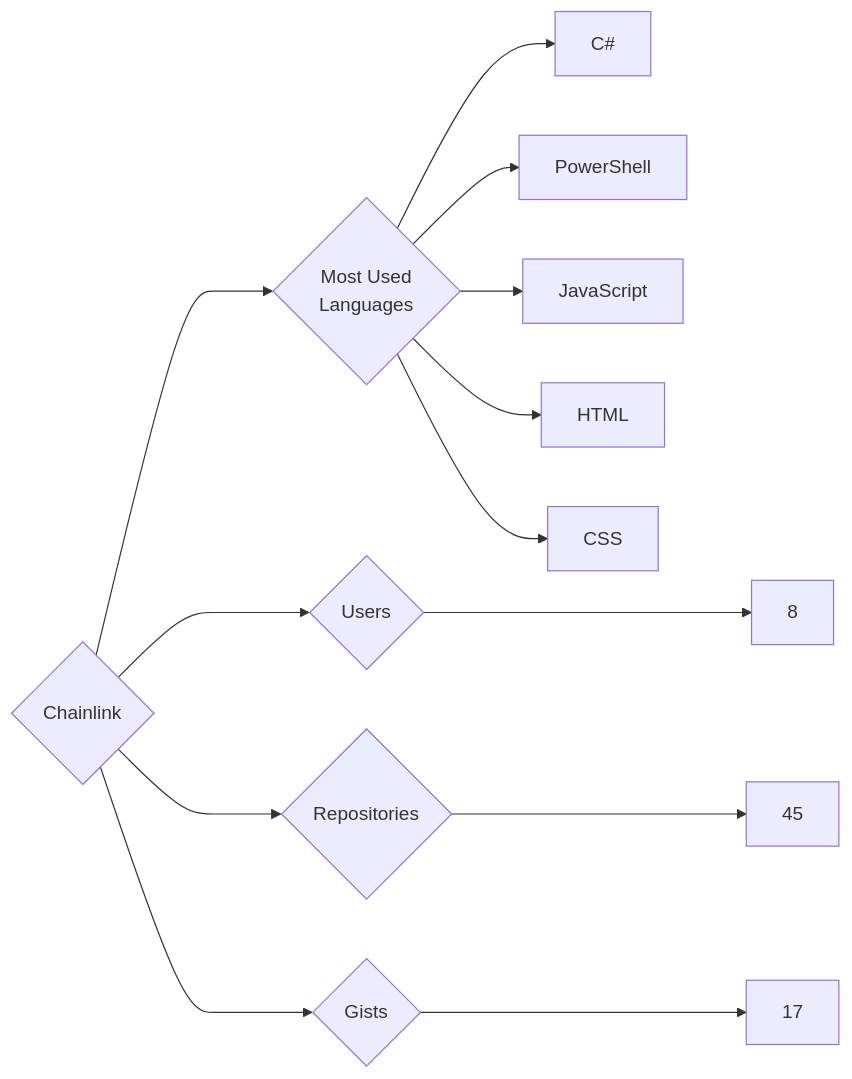
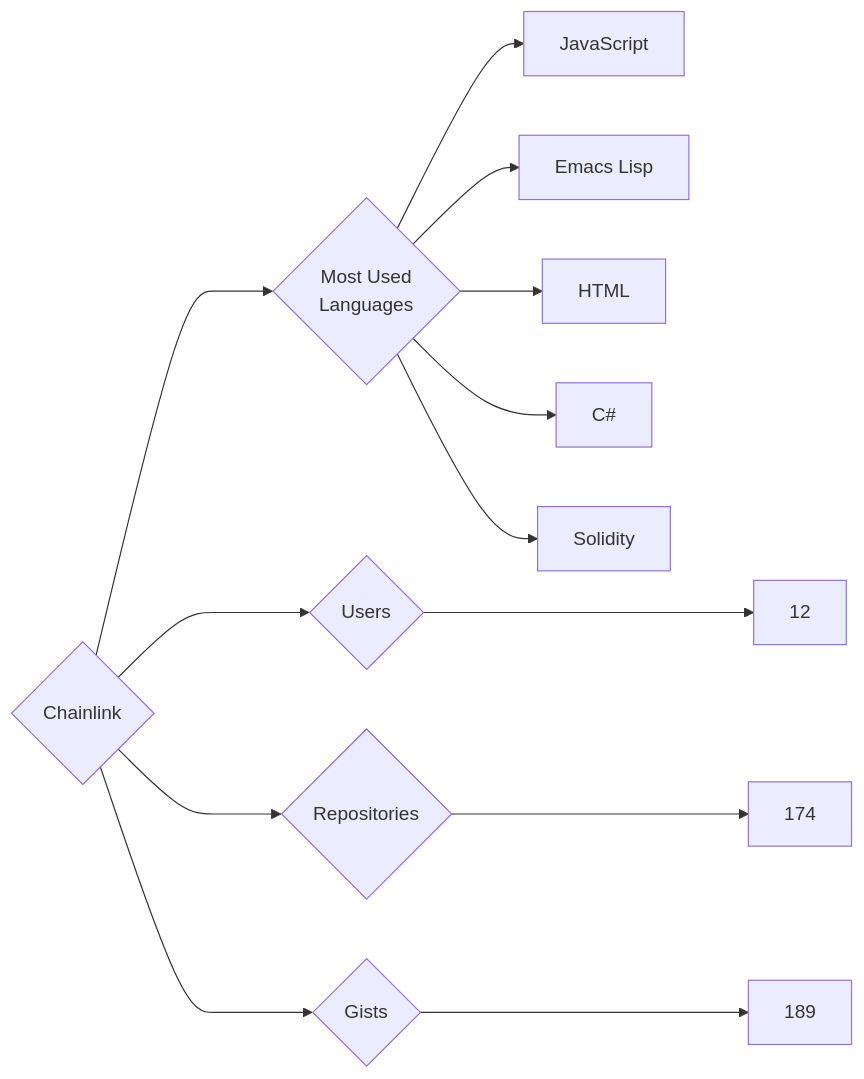
Before and after one commit to trickest/insiders: the diagram in targets/Chainlink/README.md, drawn with Mermaid. The commit also changed 693 other files, not shown here.

````diff
--- a/targets/Chainlink/README.md
+++ b/targets/Chainlink/README.md
@@ -3,13 +3,13 @@
 ```mermaid
 graph LR
 COMPANY_NAME{Chainlink}
-COMPANY_NAME ---> U{Users} ---> UN[8]
-COMPANY_NAME ---> R{Repositories} ---> RN[45]
-COMPANY_NAME ---> G{Gists} ---> GN[17]
+COMPANY_NAME ---> U{Users} ---> UN[12]
+COMPANY_NAME ---> R{Repositories} ---> RN[174]
+COMPANY_NAME ---> G{Gists} ---> GN[189]
 COMPANY_NAME ---> ML{Most Used<br>Languages}
+ML --> JavaScript[JavaScript]
+ML --> Emacs_Lisp[Emacs Lisp]
+ML --> HTML[HTML]
 ML --> C#[C#]
-ML --> PowerShell[PowerShell]
-ML --> JavaScript[JavaScript]
-ML --> HTML[HTML]
-ML --> CSS[CSS]
+ML --> Solidity[Solidity]
 ```
````
